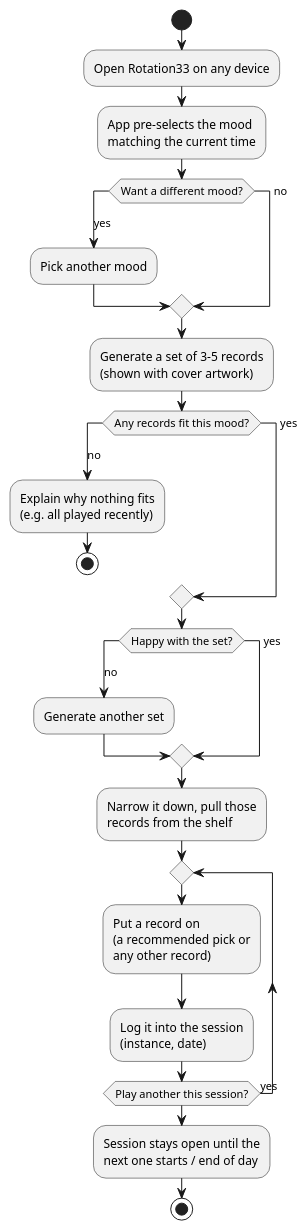
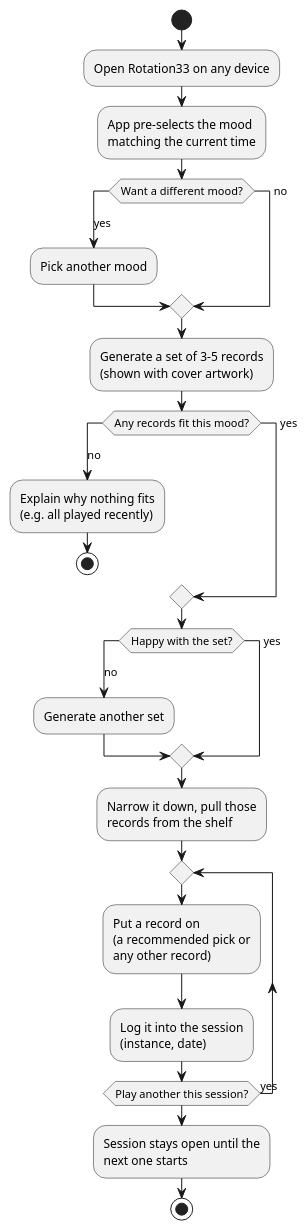
One commit to cdarwin/rotation33 changed the first of 2 diagrams in docs/prd/mvp.md. Above: the diagram before and after it, drawn with PlantUML. The commit also changed other lines of this file and 2 other files, not shown here.

First line of the commit message:
Reconcile PRD and engine RFC with the architecture design

````diff
--- a/docs/prd/mvp.md
+++ b/docs/prd/mvp.md
@@ -259,39 +273,39 @@
 ```plantuml
 @startuml
 start
 :Open Rotation33 on any device;
 :App pre-selects the mood
 matching the current time;
 switch (Want a different mood?)
 case (yes)
   :Pick another mood;
 case (no)
 endswitch
 :Generate a set of 3-5 records
 (shown with cover artwork);
 switch (Any records fit this mood?)
 case (no)
   :Explain why nothing fits
   (e.g. all played recently);
   stop
 case (yes)
 endswitch
 switch (Happy with the set?)
 case (no)
   :Generate another set;
 case (yes)
 endswitch
 :Narrow it down, pull those
 records from the shelf;
 repeat
   :Put a record on
   (a recommended pick or
   any other record);
   :Log it into the session
   (instance, date);
 repeat while (Play another this session?) is (yes)
 :Session stays open until the
-next one starts / end of day;
+next one starts;
 stop
 @enduml
 ```
````
